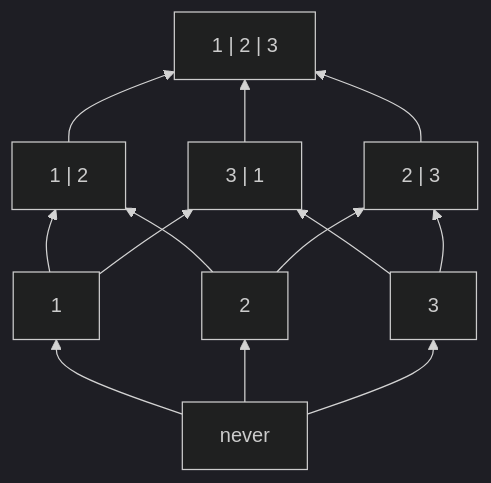
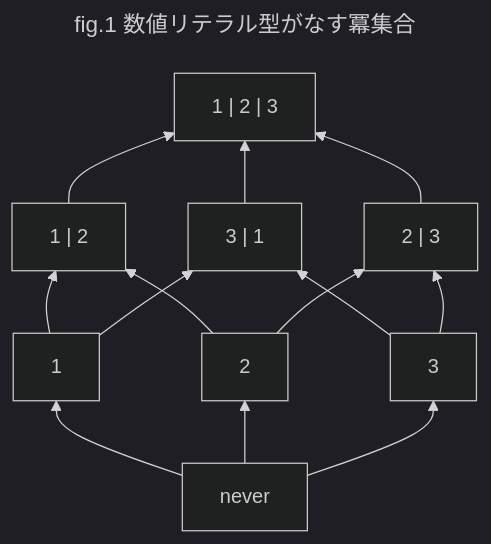
One commit to yo-goto/zenn-public-repo changed the second of 21 diagrams in articles/ts-algebraic-type-structure.md. Above: the diagram before and after it, drawn with Mermaid (dark theme). The commit also changed other lines of this file, not shown here.

````diff
--- a/articles/ts-algebraic-type-structure.md
+++ b/articles/ts-algebraic-type-structure.md
@@ -620,19 +619,22 @@
 ```mermaid
+---
+title: fig.1 数値リテラル型がなす冪集合
+---
 graph BT
   B["never"]
   X["1"]
   Y["2"]
   Z["3"]
   XY["1 | 2"]
   ZX["3 | 1"]
   YZ["2 | 3"]
   T["1 | 2 | 3"]
   B --> X & Y & Z
   X --> XY
   Y --> XY
   Z --> ZX
   Y --> YZ
   X --> ZX
   Z --> YZ
   XY & YZ & ZX --> T
 ```
````
